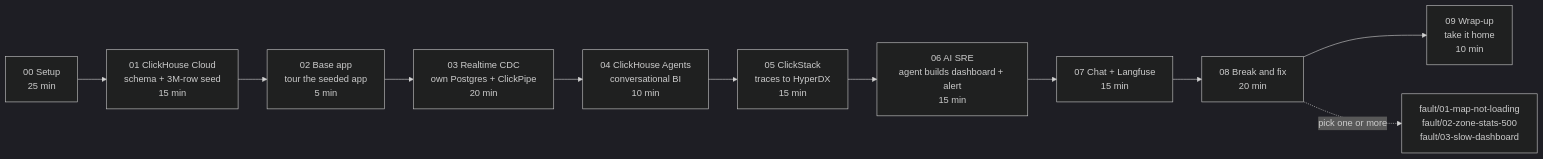
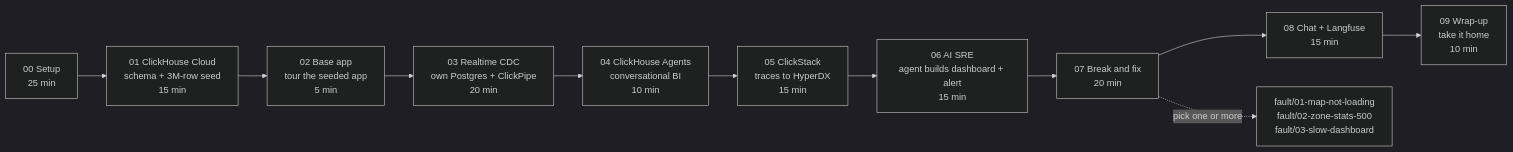
One commit to ClickHouse/ClickHouse_Demos changed the second of 4 diagrams in workshops/build_workshop/README.md. Above: the diagram before and after it, drawn with Mermaid (dark theme). The commit also changed other lines of this file and 40 other files, not shown here.

First line of the commit message:
docs: move break-and-fix before Langfuse

````diff
--- a/workshops/build_workshop/README.md
+++ b/workshops/build_workshop/README.md
@@ -69,13 +69,13 @@
 ```mermaid
 flowchart LR
   M00["00 Setup<br/>25 min"] --> M01["01 ClickHouse Cloud<br/>schema + 3M-row seed<br/>15 min"]
   M01 --> M02["02 Base app<br/>tour the seeded app<br/>5 min"]
   M02 --> M03["03 Realtime CDC<br/>own Postgres + ClickPipe<br/>20 min"]
   M03 --> M04["04 ClickHouse Agents<br/>conversational BI<br/>10 min"]
   M04 --> M05["05 ClickStack<br/>traces to HyperDX<br/>15 min"]
   M05 --> M06["06 AI SRE<br/>agent builds dashboard + alert<br/>15 min"]
-  M06 --> M07["07 Chat + Langfuse<br/>15 min"]
-  M07 --> M08["08 Break and fix<br/>20 min"]
+  M06 --> M07["07 Break and fix<br/>20 min"]
+  M07 --> M08["08 Chat + Langfuse<br/>15 min"]
   M08 --> M09["09 Wrap-up<br/>take it home<br/>10 min"]
-  M08 -.->|pick one or more| F["fault/01-map-not-loading<br/>fault/02-zone-stats-500<br/>fault/03-slow-dashboard"]
+  M07 -.->|pick one or more| F["fault/01-map-not-loading<br/>fault/02-zone-stats-500<br/>fault/03-slow-dashboard"]
 ```
````
